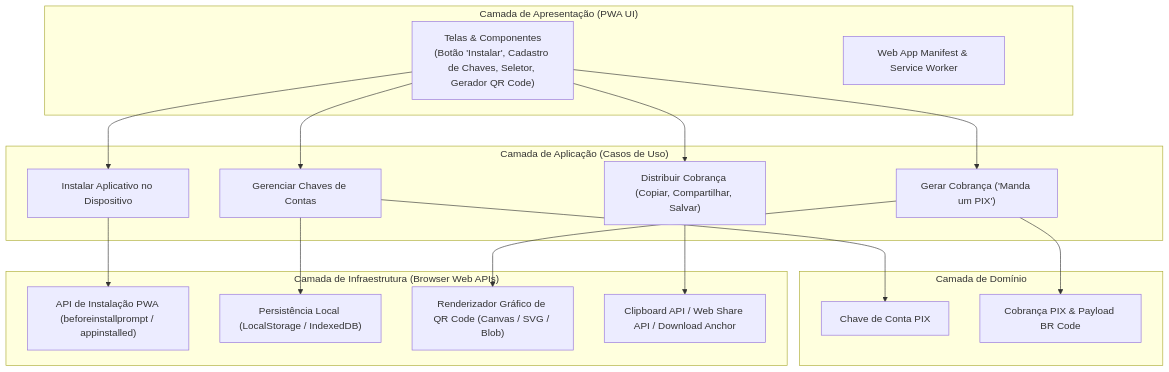
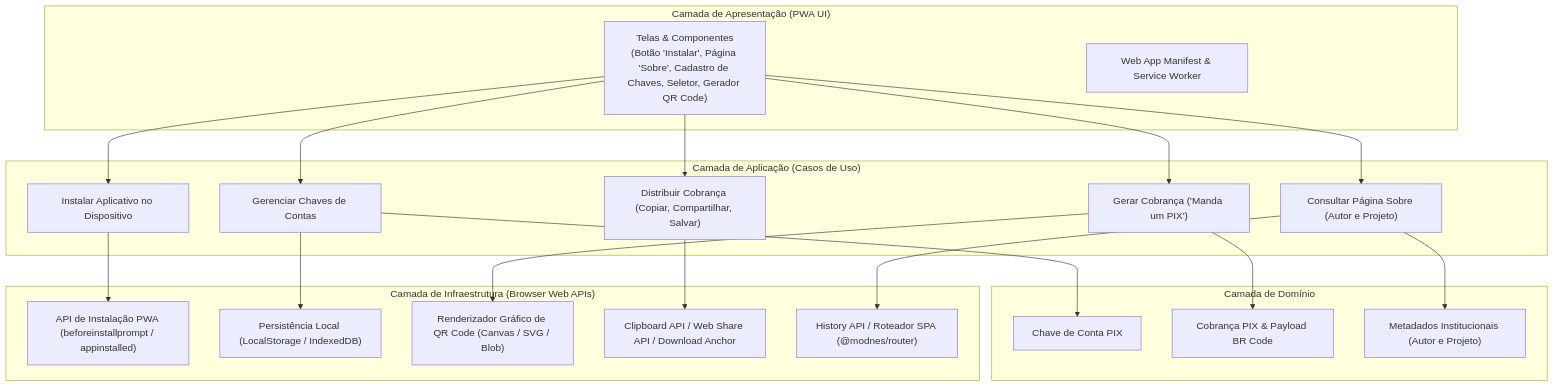
One commit to luizcanet/mandaumpix.app changed the diagram in docs/architecture/overview.md. Above: the diagram before and after it, drawn with Mermaid. The commit also changed 9 other files, not shown here.

Commit message:
docs: document business rule RN07 and about page architecture and design

````diff
--- a/docs/architecture/overview.md
+++ b/docs/architecture/overview.md
@@ -26,34 +26,39 @@
 ```mermaid
 flowchart TD
     subgraph UI["Camada de Apresentação (PWA UI)"]
-        Views["Telas & Componentes<br/>(Botão 'Instalar', Cadastro de Chaves, Seletor, Gerador QR Code)"]
+        Views["Telas & Componentes<br/>(Botão 'Instalar', Página 'Sobre', Cadastro de Chaves, Seletor, Gerador QR Code)"]
         PWAAssets["Web App Manifest & Service Worker"]
     end
 
     subgraph AppLayer["Camada de Aplicação (Casos de Uso)"]
         UC0["Instalar Aplicativo no Dispositivo"]
         UC1["Gerenciar Chaves de Contas"]
         UC2["Gerar Cobrança ('Manda um PIX')"]
         UC3["Distribuir Cobrança (Copiar, Compartilhar, Salvar)"]
+        UC4["Consultar Página Sobre (Autor e Projeto)"]
     end
 
     subgraph Domain["Camada de Domínio"]
         EntKey["Chave de Conta PIX"]
         EntCharge["Cobrança PIX & Payload BR Code"]
+        EntAbout["Metadados Institucionais (Autor e Projeto)"]
     end
 
     subgraph Infra["Camada de Infraestrutura (Browser Web APIs)"]
         PWAInstall["API de Instalação PWA (beforeinstallprompt / appinstalled)"]
         Storage["Persistência Local (LocalStorage / IndexedDB)"]
         QRGen["Renderizador Gráfico de QR Code (Canvas / SVG / Blob)"]
         ShareClip["Clipboard API / Web Share API / Download Anchor"]
+        RouterInfra["History API / Roteador SPA (@modnes/router)"]
     end
 
-    Views --> UC0 & UC1 & UC2 & UC3
+    Views --> UC0 & UC1 & UC2 & UC3 & UC4
     UC0 --> PWAInstall
     UC1 --> EntKey
     UC2 --> EntCharge
+    UC4 --> EntAbout
     UC1 --> Storage
     UC2 --> QRGen
     UC3 --> ShareClip
+    UC4 --> RouterInfra
 ```
````
